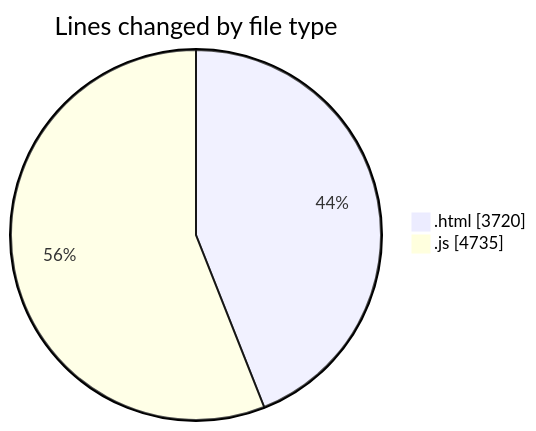
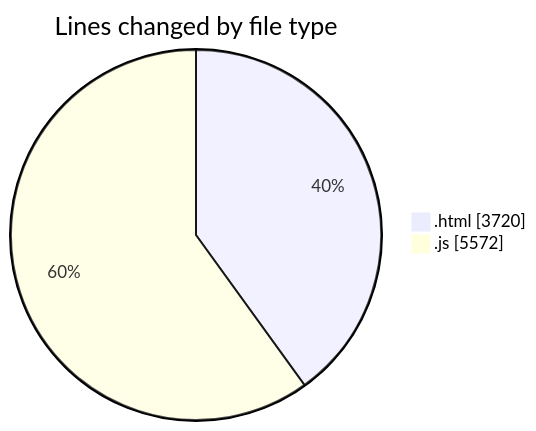
One commit to becaeroporto-bot/code-tracking changed the first of 2 diagrams in 2026-02-19/bot_v1_2/README.md. Above: the diagram before and after it, drawn with Mermaid. The commit also changed other lines of this file and 1 other file, not shown here.

````diff
--- a/2026-02-19/bot_v1_2/README.md
+++ b/2026-02-19/bot_v1_2/README.md
@@ -28,6 +28,6 @@
 ```mermaid
 pie showData
 title Lines changed by file type
 ".html" : 3720
-".js" : 4735
+".js" : 5572
 ```
````
